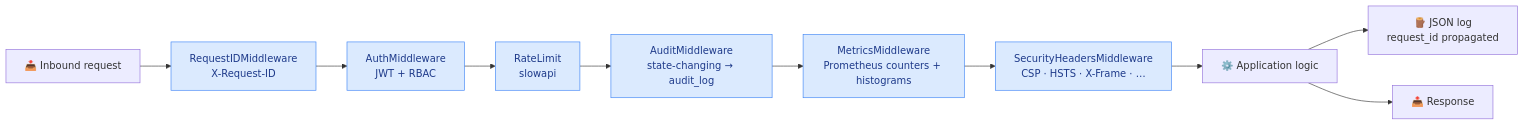
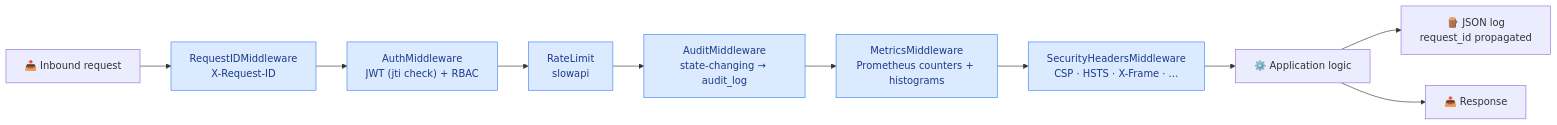
Before and after one commit to omarbabba779xx/CyberTwin-SOC: diagram 13 of 18 in README.md, drawn with Mermaid. The commit also changed other lines of this file and 2 other files, not shown here.

First line of the commit message:
fix(ci)+docs: bump CI JWT_SECRET to 64 chars, rewrite README v3.1.0

````diff
--- a/README.md
+++ b/README.md
@@ -585,15 +843,15 @@
 ```mermaid
 flowchart LR
     REQ["📥 Inbound request"] --> RID["RequestIDMiddleware<br/>X-Request-ID"]
-    RID --> AUTH["AuthMiddleware<br/>JWT + RBAC"]
+    RID --> AUTH["AuthMiddleware<br/>JWT (jti check) + RBAC"]
     AUTH --> RL["RateLimit<br/>slowapi"]
     RL --> AUD["AuditMiddleware<br/>state-changing → audit_log"]
     AUD --> METR["MetricsMiddleware<br/>Prometheus counters + histograms"]
     METR --> SEC["SecurityHeadersMiddleware<br/>CSP · HSTS · X-Frame · …"]
     SEC --> APP["⚙️ Application logic"]
     APP --> LOG["🪵 JSON log<br/>request_id propagated"]
     APP --> RESP["📤 Response"]
 
     classDef mw fill:#dbeafe,stroke:#3b82f6,color:#1e3a8a
     class RID,AUTH,RL,AUD,METR,SEC mw
 ```
````
